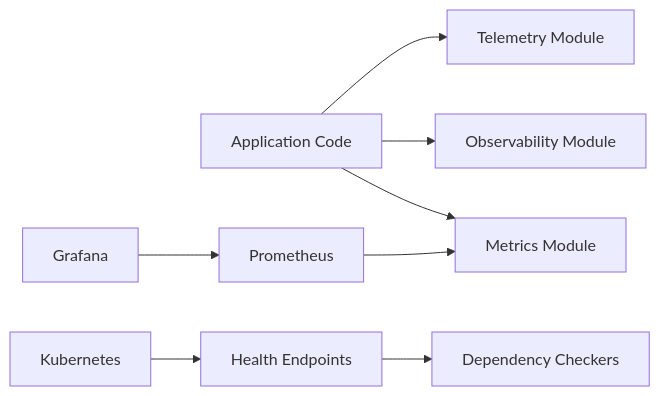
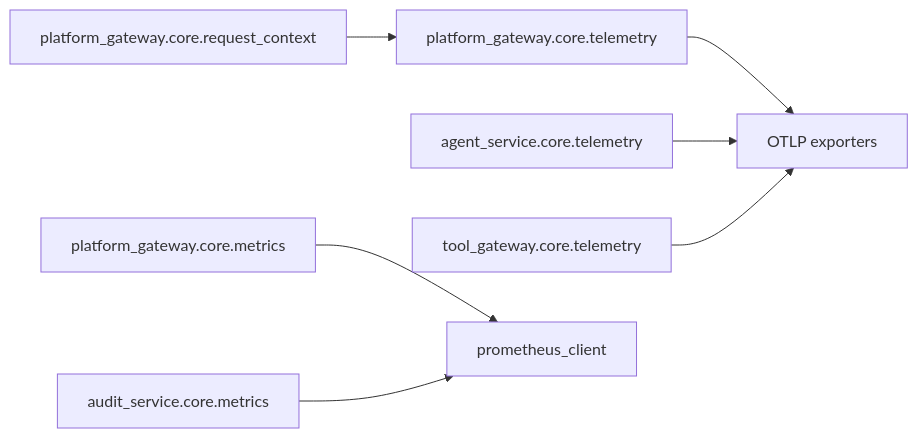
Before and after one commit to metasync/luban-aiops: the fifth of 5 diagrams in .qoder/repowiki/en/content/Deployment and Operations/Monitoring and Observability.md, drawn with Mermaid. The commit also changed other lines of this file and 843 other files, not shown here.

````diff
--- a/.qoder/repowiki/en/content/Deployment and Operations/Monitoring and Observability.md
+++ b/.qoder/repowiki/en/content/Deployment and Operations/Monitoring and Observability.md
@@ -278,10 +210,9 @@
 ```mermaid
 graph LR
-App["Application Code"] --> Metrics["Metrics Module"]
-App --> Observability["Observability Module"]
-App --> Telemetry["Telemetry Module"]
-Health["Health Endpoints"] --> Dependencies["Dependency Checkers"]
-Kube["Kubernetes"] --> Health
-Prometheus["Prometheus"] --> Metrics
-Grafana["Grafana"] --> Prometheus
+A["platform_gateway.core.telemetry"] --> B["OTLP exporters"]
+C["agent_service.core.telemetry"] --> B
+D["tool_gateway.core.telemetry"] --> B
+E["platform_gateway.core.metrics"] --> F["prometheus_client"]
+G["audit_service.core.metrics"] --> F
+H["platform_gateway.core.request_context"] --> A
 ```
````
